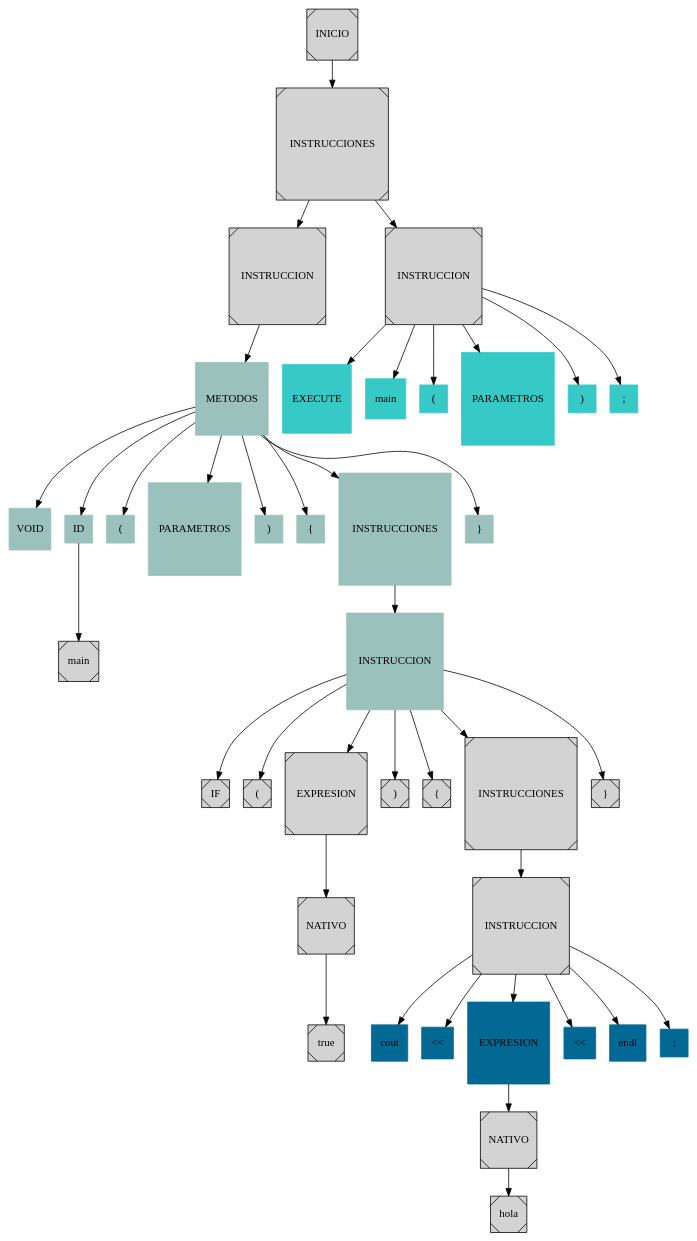
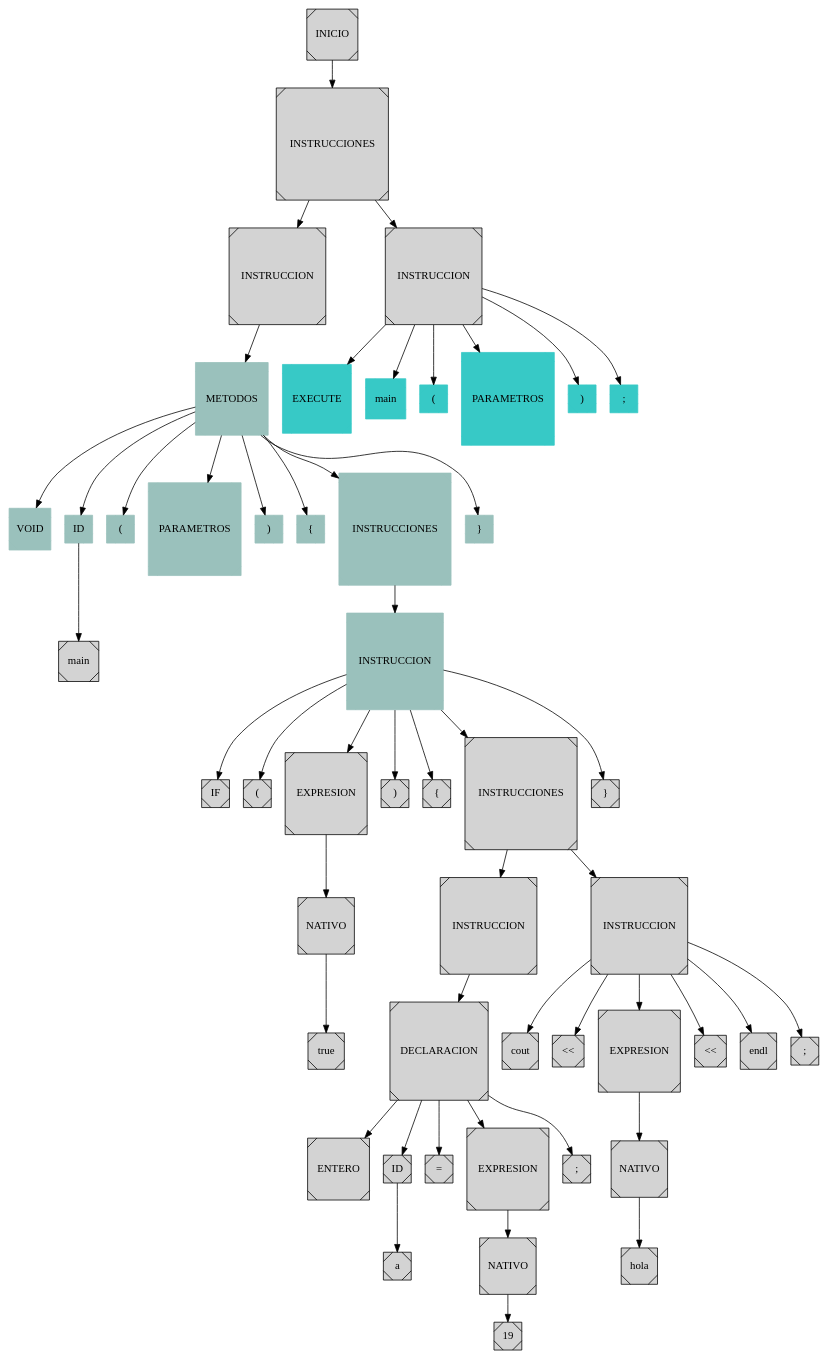
The diagram in ARBOL_AST.dot (PabloR03/OLC1_Proyecto2_202201947), drawn with Graphviz before and after one commit. The commit also changed 13 other files, not shown here.

```diff
--- a/ARBOL_AST.dot
+++ b/ARBOL_AST.dot
@@ -1,85 +1,105 @@
 digraph ast{
 node [
 shape = Msquare
 style = filled
 ]
 nINICIO[label="INICIO"];
 nINSTRUCCIONES[label="INSTRUCCIONES"];
 nINICIO->nINSTRUCCIONES;
 n1[label="INSTRUCCION"];
 nINSTRUCCIONES->n1;
 n2[label="METODOS" color = "#9ac1bc" 
 ];
 n3[label="VOID" color = "#9ac1bc"];
 n4[label="ID" color = "#9ac1bc"];
 n5[label="main"];
 n6[label="(" color = "#9ac1bc"];
 n7[label="PARAMETROS" color = "#9ac1bc"];
 n8[label=")" color = "#9ac1bc"];
 n9[label="{" color = "#9ac1bc"];
 n10[label="INSTRUCCIONES" color = "#9ac1bc"];
 n11[label="INSTRUCCION" color = "#9ac1bc"];
 n12[label="}" color = "#9ac1bc"];
 n2 -> n3;
 n2 -> n4;
 n4 -> n5;
 n2 -> n6;
 n2 -> n7;
 n2 -> n8;
 n2 -> n9;
 n2 -> n10;
 n10 -> n11;
 n2 -> n12;
 n1 -> n2;
 n13[label="IF"];
 n14[label="("];
 n15[label="EXPRESION"];
 n16[label=")"];
 n17[label="{"];
 n18[label="INSTRUCCIONES"];
 n19[label="INSTRUCCION"];
-n20[label="}"];
+n20[label="INSTRUCCION"];
+n21[label="}"];
 n11 -> n13;
 n11 -> n14;
 n11 -> n15;
 n11 -> n16;
 n11 -> n17;
 n11 -> n18;
 n18 -> n19;
-n11 -> n20;
-n21[label="NATIVO"];
-n22[label="true"];
-n21->n22;
-n15->n21;
-n23[label="cout" color = "#026994"];
-n24[label="<<" color = "#026994"];
-n25[label="EXPRESION" color = "#026994"];
-n26[label="<<" color = "#026994"];
-n27[label="endl" color = "#026994"];
-n28[label=";" color = "#026994"];
-n19 -> n23;
+n18 -> n20;
+n11 -> n21;
+n22[label="NATIVO"];
+n23[label="true"];
+n22->n23;
+n15->n22;
+n24[label="DECLARACION"];
+n25[label="ENTERO"];
+n26[label="ID"];
+n27 [label = "a"];
 n19 -> n24;
-n19 -> n25;
-n19 -> n26;
-n19 -> n27;
-n19 -> n28;
-n29[label="NATIVO"];
-n30[label="hola"];
-n29->n30;
-n25->n29;
-n31[label="INSTRUCCION"];
-nINSTRUCCIONES->n31;
-n32[label="EXECUTE" color = "#37c9c6"];
-n33[label="main" color = "#37c9c6"];
-n34[label="(" color = "#37c9c6"];
-n35[label="PARAMETROS" color = "#37c9c6"];
-n36[label=")" color = "#37c9c6"];
-n37[label=";" color = "#37c9c6"];
-n31 -> n32;
-n31 -> n33;
-n31 -> n34;
-n31 -> n35;
-n31 -> n36;
-n31 -> n37;
+n24 -> n26;
+n24 -> n25;
+n26 -> n27;
+n28[label="="];
+n29[label="EXPRESION"];
+n24 -> n28;
+n24 -> n29;
+n31[label="NATIVO"];
+n32[label="19"];
+n31->n32;
+n29->n31;
+n30[label=";"];
+n24 -> n30;
+n33[label="cout"];
+n34[label="<<"];
+n35[label="EXPRESION"];
+n36[label="<<"];
+n37[label="endl"];
+n38[label=";"];
+n20 -> n33;
+n20 -> n34;
+n20 -> n35;
+n20 -> n36;
+n20 -> n37;
+n20 -> n38;
+n39[label="NATIVO"];
+n40[label="hola"];
+n39->n40;
+n35->n39;
+n41[label="INSTRUCCION"];
+nINSTRUCCIONES->n41;
+n42[label="EXECUTE" color = "#37c9c6"];
+n43[label="main" color = "#37c9c6"];
+n44[label="(" color = "#37c9c6"];
+n45[label="PARAMETROS" color = "#37c9c6"];
+n46[label=")" color = "#37c9c6"];
+n47[label=";" color = "#37c9c6"];
+n41 -> n42;
+n41 -> n43;
+n41 -> n44;
+n41 -> n45;
+n41 -> n46;
+n41 -> n47;
 
 }
```
